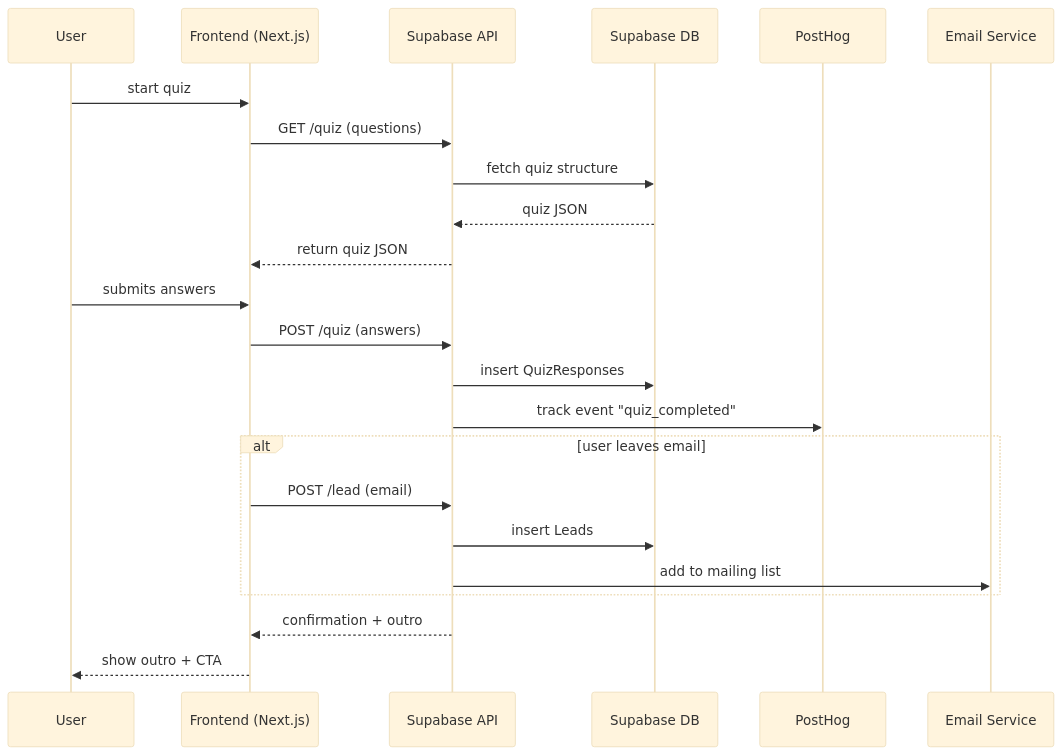
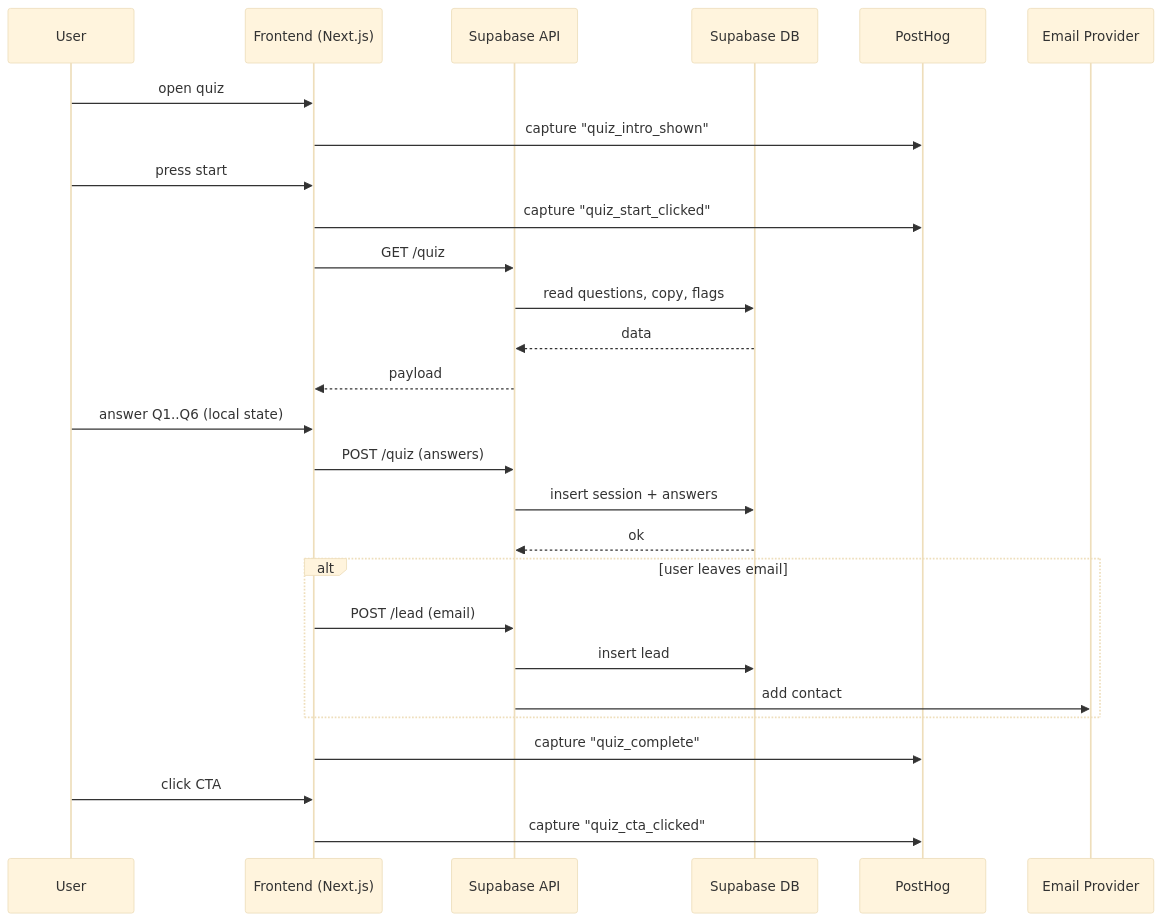
One commit to alexandrafofel/brightfutureahead changed the diagram in content/app-web/architecture/pre-mvp/sequence-diagram.mmd. Above: the diagram before and after it, drawn with Mermaid (base theme).

```diff
--- a/content/app-web/architecture/pre-mvp/sequence-diagram.mmd
+++ b/content/app-web/architecture/pre-mvp/sequence-diagram.mmd
@@ -1,27 +1,32 @@
 sequenceDiagram
   participant User
   participant FE as Frontend (Next.js)
   participant API as Supabase API
   participant DB as Supabase DB
   participant PH as PostHog
-  participant Email as Email Service
+  participant EMAIL as Email Provider
 
-  User->>FE: start quiz
-  FE->>API: GET /quiz (questions)
-  API->>DB: fetch quiz structure
-  DB-->>API: quiz JSON
-  API-->>FE: return quiz JSON
+  User->>FE: open quiz
+  FE->>PH: capture "quiz_intro_shown"
+  User->>FE: press start
+  FE->>PH: capture "quiz_start_clicked"
 
-  User->>FE: submits answers
+  FE->>API: GET /quiz
+  API->>DB: read questions, copy, flags
+  DB-->>API: data
+  API-->>FE: payload
+
+  User->>FE: answer Q1..Q6 (local state)
   FE->>API: POST /quiz (answers)
-  API->>DB: insert QuizResponses
-  API->>PH: track event "quiz_completed"
+  API->>DB: insert session + answers
+  DB-->>API: ok
 
   alt user leaves email
     FE->>API: POST /lead (email)
-    API->>DB: insert Leads
-    API->>Email: add to mailing list
+    API->>DB: insert lead
+    API->>EMAIL: add contact
   end
 
-  API-->>FE: confirmation + outro
-  FE-->>User: show outro + CTA
+  FE->>PH: capture "quiz_complete"
+  User->>FE: click CTA
+  FE->>PH: capture "quiz_cta_clicked"
```
